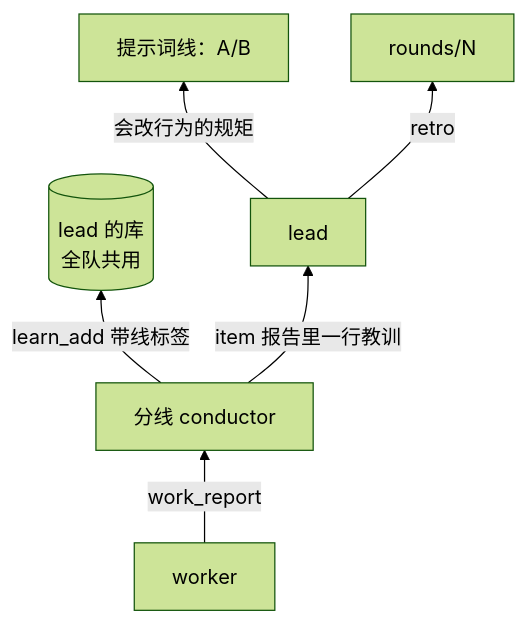
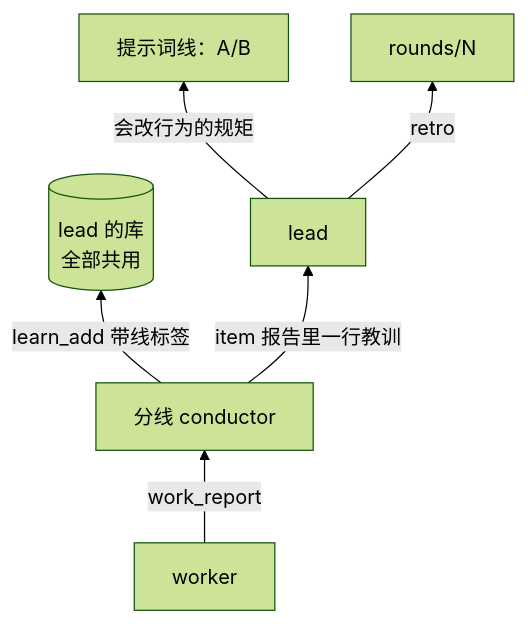
The seventh of 9 diagrams in docs/design/crewmate-team.md (iamwhatever/harness-rsi), drawn with Mermaid (forest theme) before and after one commit. The commit also changed other lines of this file and 3 other files, not shown here.

````diff
--- a/docs/design/crewmate-team.md
+++ b/docs/design/crewmate-team.md
@@ -302,8 +316,8 @@
 ```mermaid
 flowchart BT
   W["worker"] -->|"work_report"| LN["分线 conductor"]
-  LN -->|"learn_add 带线标签"| LM[("lead 的库<br>全队共用")]
+  LN -->|"learn_add 带线标签"| LM[("lead 的库<br>全部共用")]
   LN -->|"item 报告里一行教训"| LD["lead"]
   LD -->|"会改行为的规矩"| PS["提示词线：A/B"]
   LD -->|"retro"| R["rounds/N"]
 ```
````
